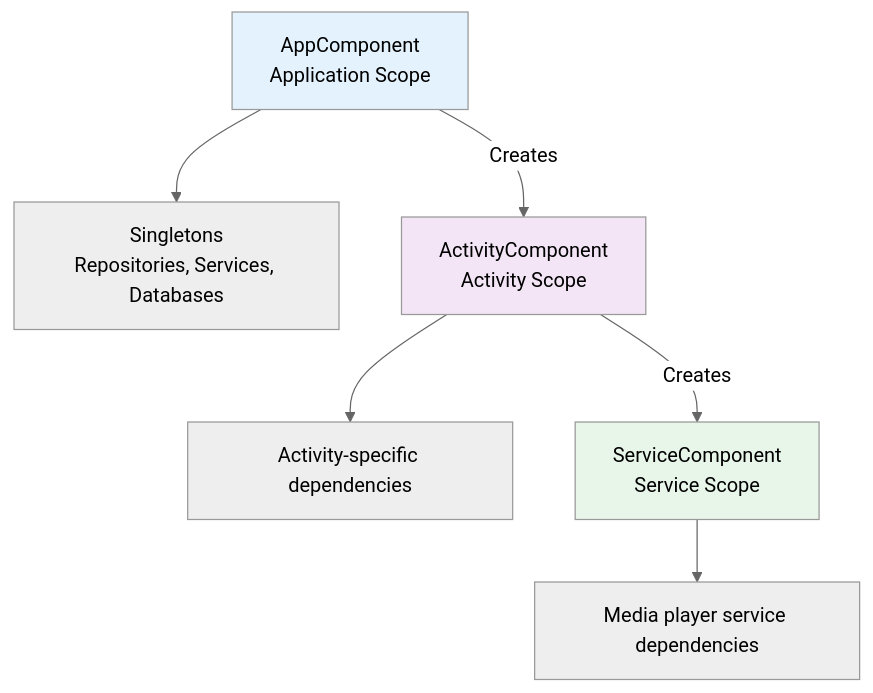
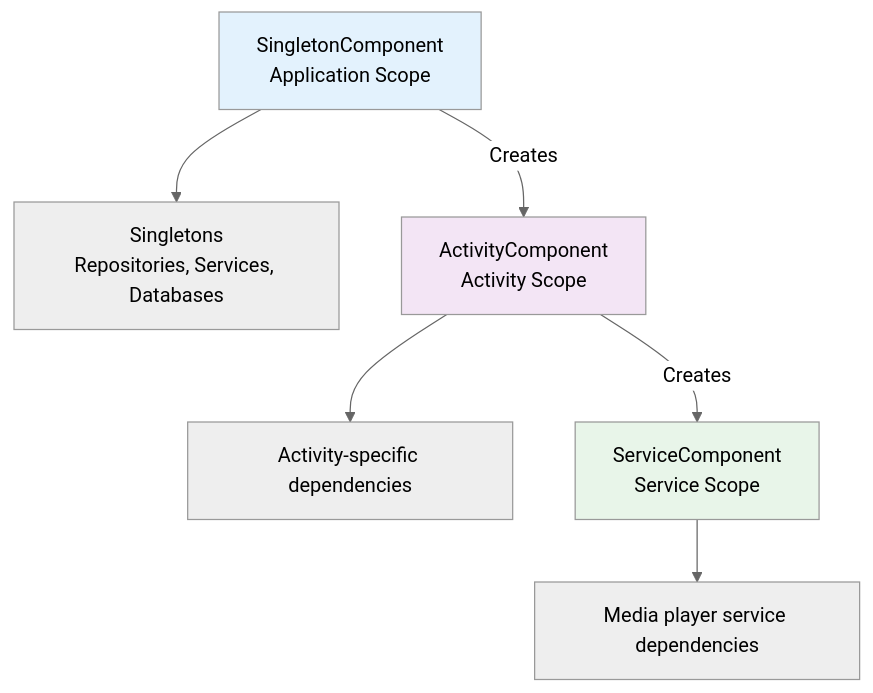
The second of 5 diagrams in backlog/docs/reference/02-architecture.md (alebianco/chronicle), drawn with Mermaid (neutral theme) before and after one commit. The commit also changed other lines of this file and 73 other files, not shown here.

````diff
--- a/backlog/docs/reference/02-architecture.md
+++ b/backlog/docs/reference/02-architecture.md
@@ -57,19 +61,19 @@
 ```mermaid
 graph TD
-    A[AppComponent<br/>Application Scope]
+    A[SingletonComponent<br/>Application Scope]
     B[Singletons<br/>Repositories, Services, Databases]
     C[ActivityComponent<br/>Activity Scope]
     D[Activity-specific dependencies]
     E[ServiceComponent<br/>Service Scope]
     F[Media player service dependencies]
     
     A --> B
     A -->|Creates| C
     C --> D
     C -->|Creates| E
     E --> F
     
     style A fill:#e3f2fd
     style C fill:#f3e5f5
     style E fill:#e8f5e9
 ```
````
